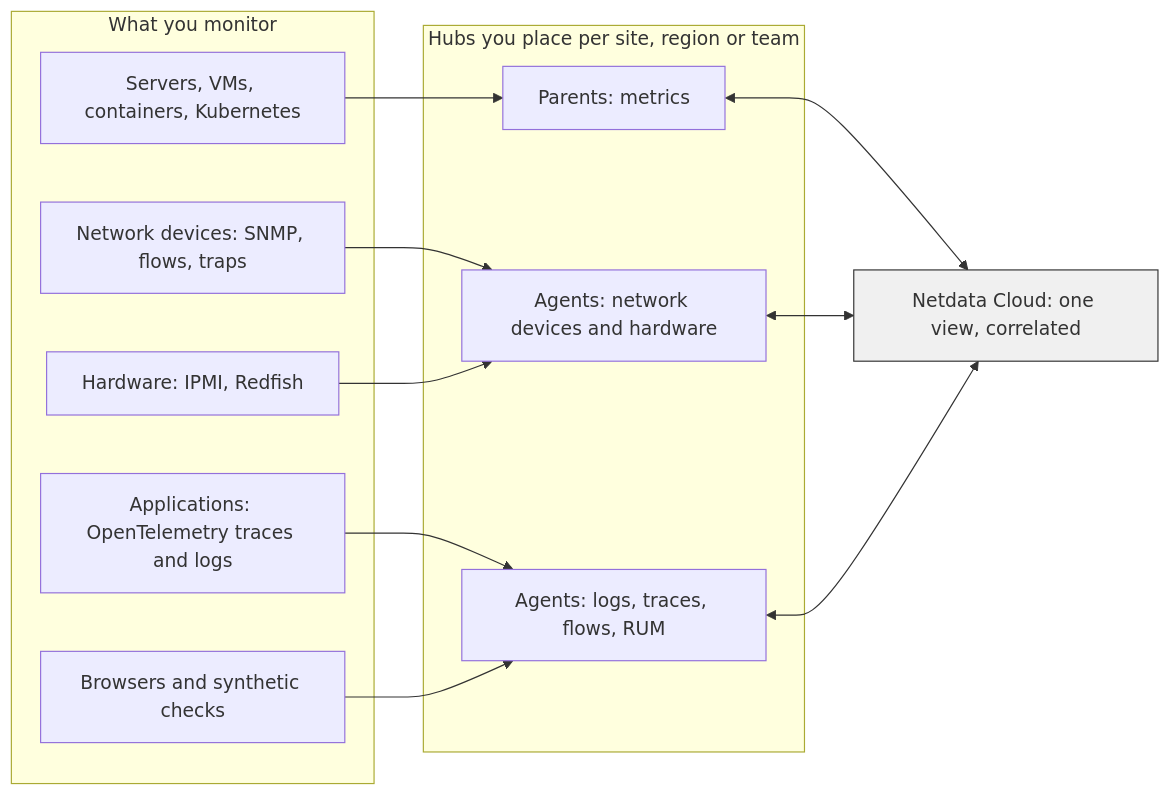
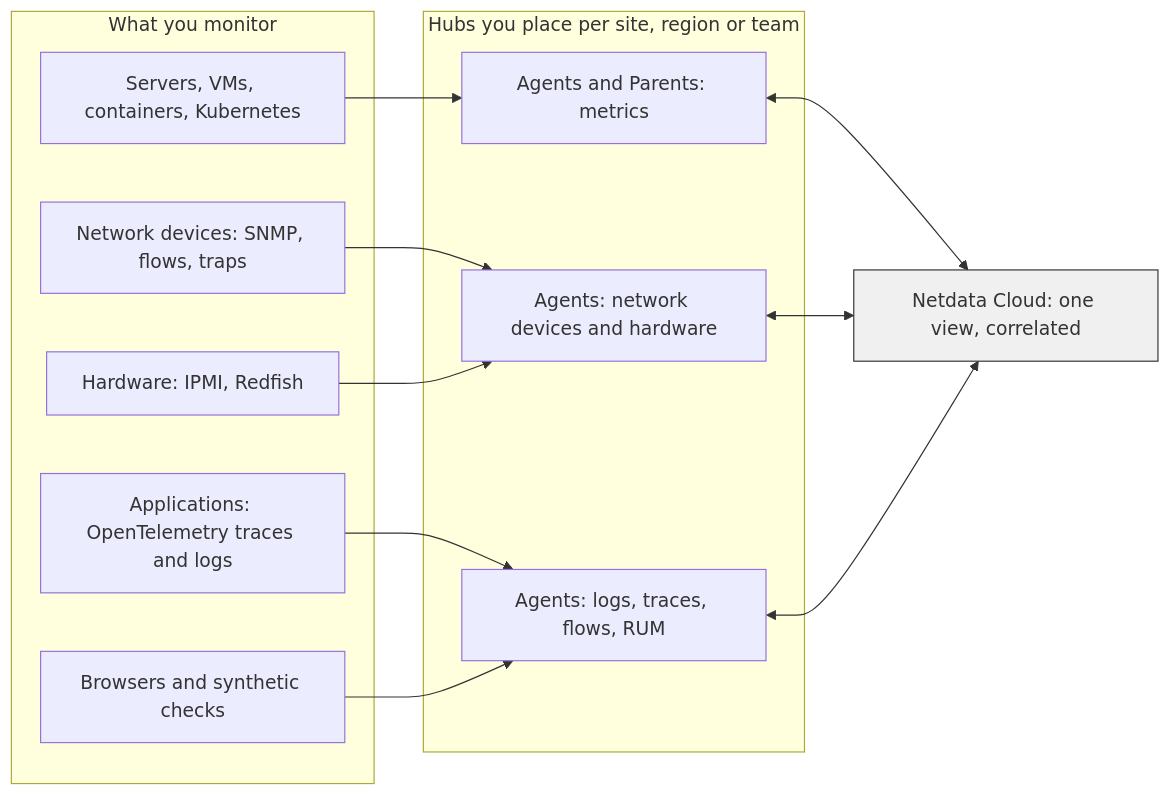
One commit to netdata/netdata changed the first of 2 diagrams in README.md. Above: the diagram before and after it, drawn with Mermaid.

Commit message:
README: show metrics hubs as Agents and Parents
Claude-Session: https://claude.ai/code/session_01VME5PfduhZYAxumF6EUDCo

````diff
--- a/README.md
+++ b/README.md
@@ -225,26 +225,26 @@
 ```mermaid
 flowchart LR
   subgraph Sources[What you monitor]
     S1[Servers, VMs, containers, Kubernetes]
     S2[Network devices: SNMP, flows, traps]
     S3[Hardware: IPMI, Redfish]
     S4[Applications: OpenTelemetry traces and logs]
     S5[Browsers and synthetic checks]
   end
   subgraph Hubs[Hubs you place per site, region or team]
-    H1[Parents: metrics]
+    H1[Agents and Parents: metrics]
     H2[Agents: network devices and hardware]
     H3[Agents: logs, traces, flows, RUM]
   end
   C[Netdata Cloud: one view, correlated]:::mainNode
   S1 --> H1
   S2 --> H2
   S3 --> H2
   S4 --> H3
   S5 --> H3
   H1 <--> C
   H2 <--> C
   H3 <--> C
 
   classDef mainNode fill:#f0f0f0,stroke:#333,stroke-width:1px,color:#333
 ```
````
